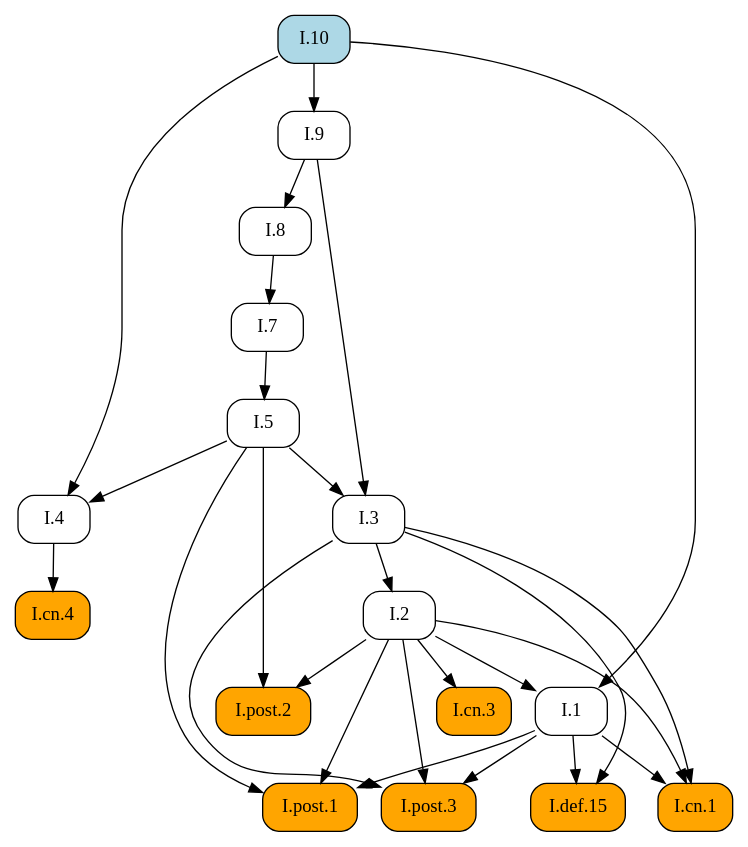
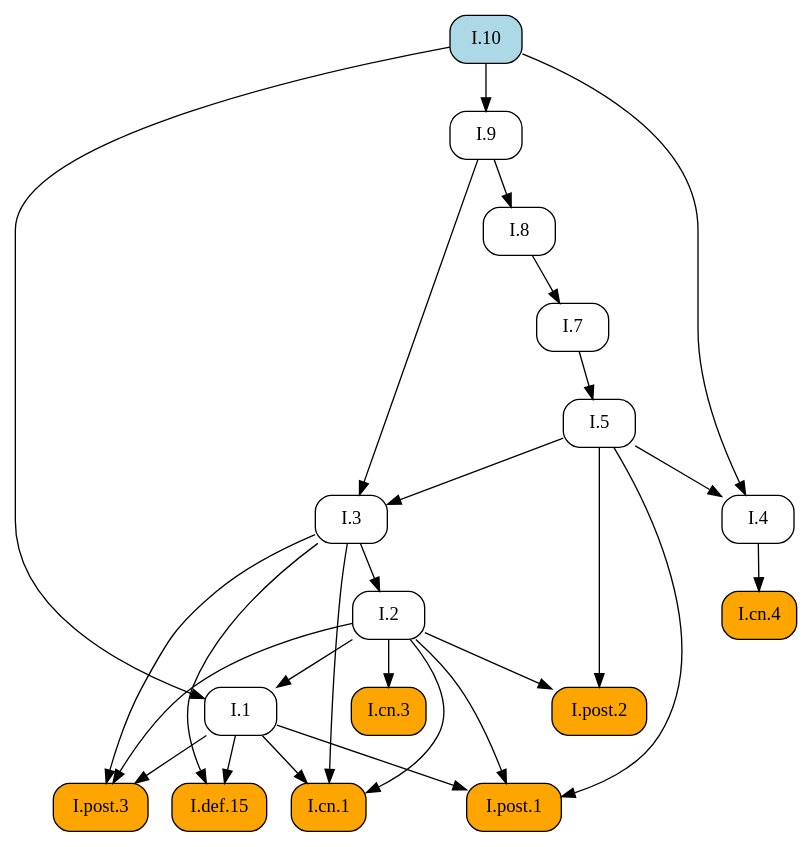
The diagram in docsrc/elements2/I/10/index.rst (geometor/elements), drawn with Graphviz before and after one commit. The commit also changed other lines of this file and 409 other files, not shown here.

First line of the commit message:
feat: Add image cropping and graphic extraction script

```diff
--- a/docsrc/elements2/I/10/index.rst
+++ b/docsrc/elements2/I/10/index.rst
@@ -44,48 +44,48 @@
 .. graphviz::
 
    digraph {
      rankdir="TB";
      node [shape=box, style=rounded];
+     "I.def.15" [style="rounded,filled", fillcolor=orange, URL="/elements2/I/def.15/", target="_top"];
+     "I.9" [URL="/elements2/I/9/", target="_top"];
+     "I.post.1" [style="rounded,filled", fillcolor=orange, URL="/elements2/I/post.1/", target="_top"];
+     "I.post.3" [style="rounded,filled", fillcolor=orange, URL="/elements2/I/post.3/", target="_top"];
      "I.8" [URL="/elements2/I/8/", target="_top"];
      "I.2" [URL="/elements2/I/2/", target="_top"];
-     "I.1" [URL="/elements2/I/1/", target="_top"];
-     "I.cn.4" [style="rounded,filled", fillcolor=orange, URL="/elements2/I/cn.4/", target="_top"];
-     "I.cn.3" [style="rounded,filled", fillcolor=orange, URL="/elements2/I/cn.3/", target="_top"];
-     "I.def.15" [style="rounded,filled", fillcolor=orange, URL="/elements2/I/def.15/", target="_top"];
-     "I.4" [URL="/elements2/I/4/", target="_top"];
-     "I.7" [URL="/elements2/I/7/", target="_top"];
-     "I.9" [URL="/elements2/I/9/", target="_top"];
-     "I.post.1" [style="rounded,filled", fillcolor=orange, URL="/elements2/I/post.1/", target="_top"];
-     "I.10" [style="rounded,filled", fillcolor=lightblue, URL="/elements2/I/10/", target="_top"];
      "I.3" [URL="/elements2/I/3/", target="_top"];
      "I.post.2" [style="rounded,filled", fillcolor=orange, URL="/elements2/I/post.2/", target="_top"];
      "I.5" [URL="/elements2/I/5/", target="_top"];
+     "I.10" [style="rounded,filled", fillcolor=lightblue, URL="/elements2/I/10/", target="_top"];
+     "I.1" [URL="/elements2/I/1/", target="_top"];
+     "I.cn.4" [style="rounded,filled", fillcolor=orange, URL="/elements2/I/cn.4/", target="_top"];
      "I.cn.1" [style="rounded,filled", fillcolor=orange, URL="/elements2/I/cn.1/", target="_top"];
-     "I.post.3" [style="rounded,filled", fillcolor=orange, URL="/elements2/I/post.3/", target="_top"];
-     "I.9" -> "I.8";
-     "I.3" -> "I.2";
-     "I.2" -> "I.1";
-     "I.10" -> "I.1";
-     "I.4" -> "I.cn.4";
-     "I.2" -> "I.cn.3";
+     "I.4" [URL="/elements2/I/4/", target="_top"];
+     "I.cn.3" [style="rounded,filled", fillcolor=orange, URL="/elements2/I/cn.3/", target="_top"];
+     "I.7" [URL="/elements2/I/7/", target="_top"];
      "I.1" -> "I.def.15";
      "I.3" -> "I.def.15";
-     "I.5" -> "I.4";
-     "I.10" -> "I.4";
-     "I.8" -> "I.7";
      "I.10" -> "I.9";
      "I.1" -> "I.post.1";
      "I.2" -> "I.post.1";
      "I.5" -> "I.post.1";
+     "I.1" -> "I.post.3";
+     "I.2" -> "I.post.3";
+     "I.3" -> "I.post.3";
+     "I.9" -> "I.8";
+     "I.3" -> "I.2";
      "I.5" -> "I.3";
      "I.9" -> "I.3";
      "I.2" -> "I.post.2";
      "I.5" -> "I.post.2";
      "I.7" -> "I.5";
+     "I.2" -> "I.1";
+     "I.10" -> "I.1";
+     "I.4" -> "I.cn.4";
      "I.1" -> "I.cn.1";
      "I.2" -> "I.cn.1";
      "I.3" -> "I.cn.1";
-     "I.1" -> "I.post.3";
-     "I.2" -> "I.post.3";
-     "I.3" -> "I.post.3";
+     "I.5" -> "I.4";
+     "I.10" -> "I.4";
+     "I.2" -> "I.cn.3";
+     "I.8" -> "I.7";
    }
```
